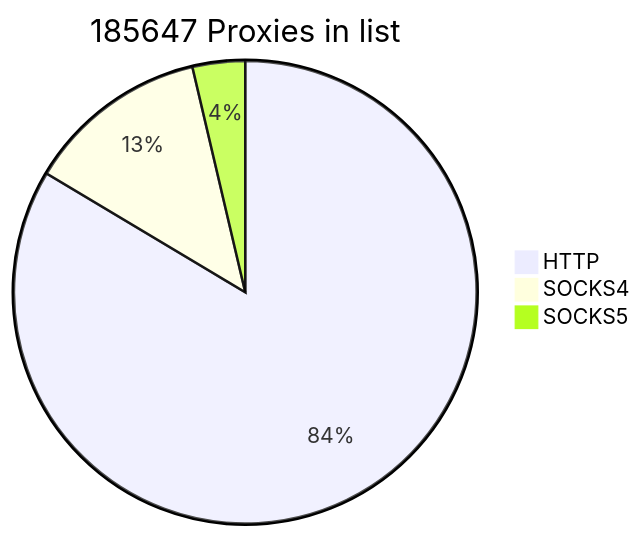
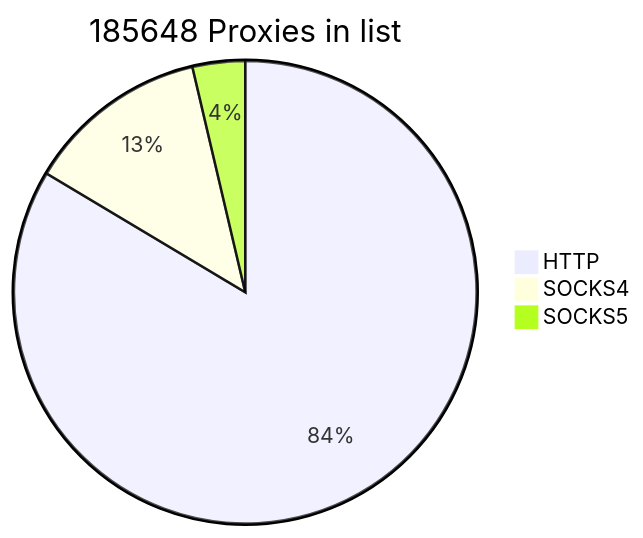
The first of 2 diagrams in README.md (cutipu/proxylist), drawn with Mermaid before and after one commit. The commit also changed other lines of this file, not shown here.

````diff
--- a/README.md
+++ b/README.md
@@ -2,7 +2,7 @@
 ```mermaid
-pie title 185647 Proxies in list
+pie title 185648 Proxies in list
     "HTTP" : 155155
-    "SOCKS4" : 23680
+    "SOCKS4" : 23681
     "SOCKS5" : 6812
             
 ```
````
